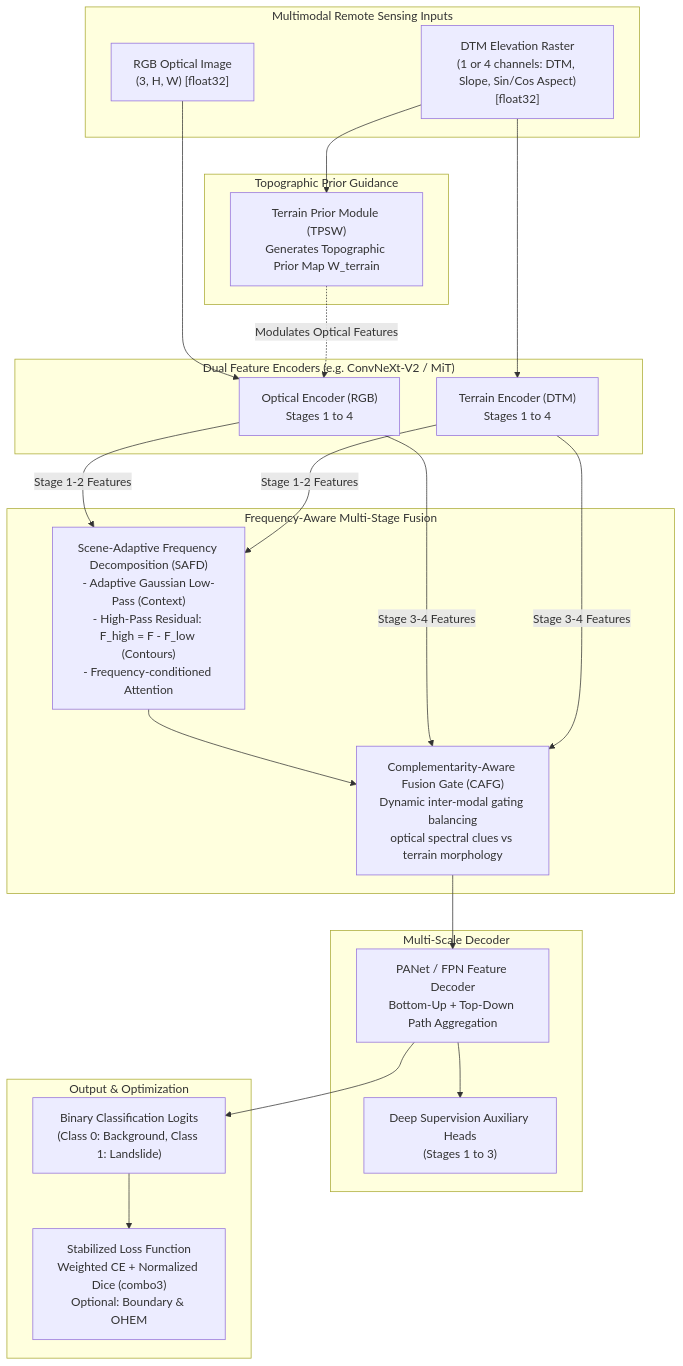
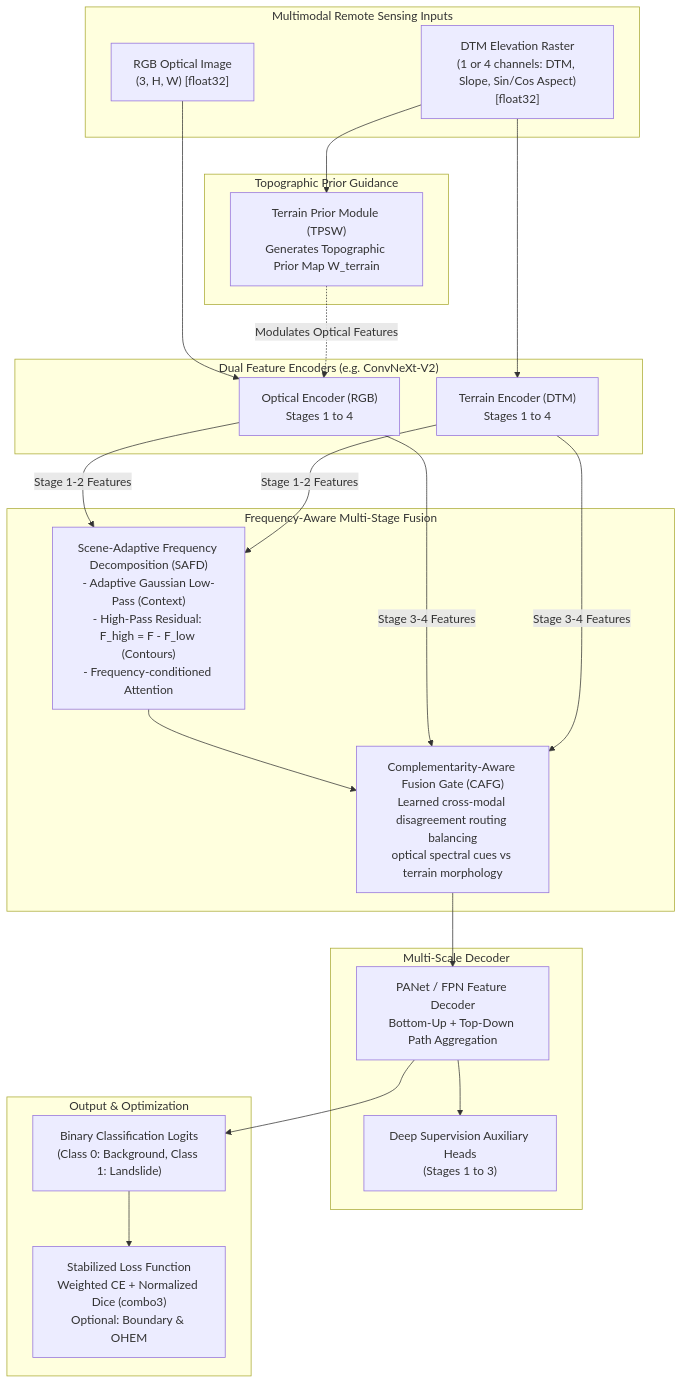
Before and after one commit to pratamabintang/FAF: the diagram in README.md, drawn with Mermaid. The commit also changed other lines of this file and 2 other files, not shown here.

````diff
--- a/README.md
+++ b/README.md
@@ -33,48 +33,48 @@
 ```mermaid
 flowchart TD
     subgraph Inputs["Multimodal Remote Sensing Inputs"]
         RGB["RGB Optical Image<br/>(3, H, W) [float32]"]
         DTM["DTM Elevation Raster<br/>(1 or 4 channels: DTM, Slope, Sin/Cos Aspect)<br/>[float32]"]
     end
 
     subgraph Prior["Topographic Prior Guidance"]
         TPSW["Terrain Prior Module (TPSW)<br/>Generates Topographic Prior Map W_terrain"]
     end
 
-    subgraph Encoders["Dual Feature Encoders (e.g. ConvNeXt-V2 / MiT)"]
+    subgraph Encoders["Dual Feature Encoders (e.g. ConvNeXt-V2)"]
         RGB_ENC["Optical Encoder (RGB)<br/>Stages 1 to 4"]
         TER_ENC["Terrain Encoder (DTM)<br/>Stages 1 to 4"]
     end
 
     subgraph FrequencyFusion["Frequency-Aware Multi-Stage Fusion"]
         SAFD["Scene-Adaptive Frequency Decomposition (SAFD)<br/>- Adaptive Gaussian Low-Pass (Context)<br/>- High-Pass Residual: F_high = F - F_low (Contours)<br/>- Frequency-conditioned Attention"]
-        CAFG["Complementarity-Aware Fusion Gate (CAFG)<br/>Dynamic inter-modal gating balancing<br/>optical spectral clues vs terrain morphology"]
+        CAFG["Complementarity-Aware Fusion Gate (CAFG)<br/>Learned cross-modal disagreement routing balancing<br/>optical spectral cues vs terrain morphology"]
     end
 
     subgraph Decoder["Multi-Scale Decoder"]
         PANET["PANet / FPN Feature Decoder<br/>Bottom-Up + Top-Down Path Aggregation"]
         DEEP_SUP["Deep Supervision Auxiliary Heads<br/>(Stages 1 to 3)"]
     end
 
     subgraph Output["Output & Optimization"]
         LOGITS["Binary Classification Logits<br/>(Class 0: Background, Class 1: Landslide)"]
         LOSS["Stabilized Loss Function<br/>Weighted CE + Normalized Dice (combo3)<br/>Optional: Boundary & OHEM"]
     end
 
     RGB --> RGB_ENC
     DTM --> TER_ENC
     DTM --> TPSW
     TPSW -.->|"Modulates Optical Features"| RGB_ENC
 
     RGB_ENC -->|"Stage 1-2 Features"| SAFD
     TER_ENC -->|"Stage 1-2 Features"| SAFD
     SAFD --> CAFG
 
     RGB_ENC -->|"Stage 3-4 Features"| CAFG
     TER_ENC -->|"Stage 3-4 Features"| CAFG
 
     CAFG --> PANET
     PANET --> DEEP_SUP
     PANET --> LOGITS
     LOGITS --> LOSS
 ```
````
